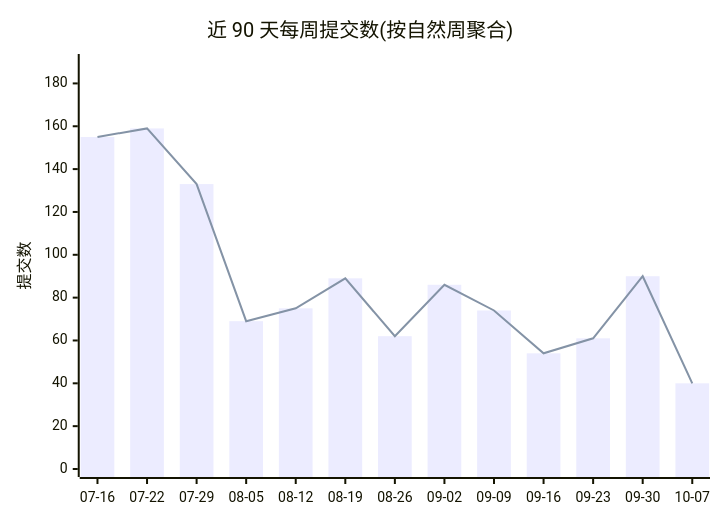
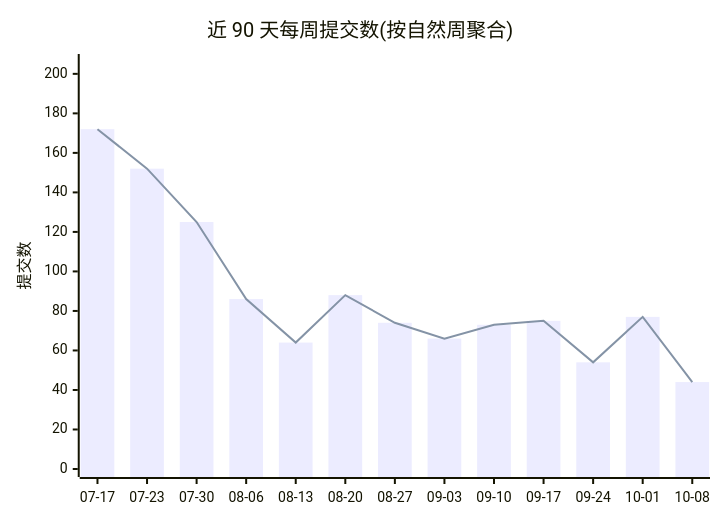
The first of 2 diagrams in profile/README.md (Conflux-Union/.github), drawn with Mermaid before and after one commit. The commit also changed other lines of this file and 1 other file, not shown here.

````diff
--- a/profile/README.md
+++ b/profile/README.md
@@ -44,8 +44,8 @@
 ```mermaid
 xychart-beta
     title "近 90 天每周提交数(按自然周聚合)"
-    x-axis ["07-16", "07-22", "07-29", "08-05", "08-12", "08-19", "08-26", "09-02", "09-09", "09-16", "09-23", "09-30", "10-07"]
-    y-axis "提交数" 0 --> 190
-    bar [155, 159, 133, 69, 75, 89, 62, 86, 74, 54, 61, 90, 40]
-    line [155, 159, 133, 69, 75, 89, 62, 86, 74, 54, 61, 90, 40]
+    x-axis ["07-17", "07-23", "07-30", "08-06", "08-13", "08-20", "08-27", "09-03", "09-10", "09-17", "09-24", "10-01", "10-08"]
+    y-axis "提交数" 0 --> 206
+    bar [172, 152, 125, 86, 64, 88, 74, 66, 73, 75, 54, 77, 44]
+    line [172, 152, 125, 86, 64, 88, 74, 66, 73, 75, 54, 77, 44]
 ```
````
